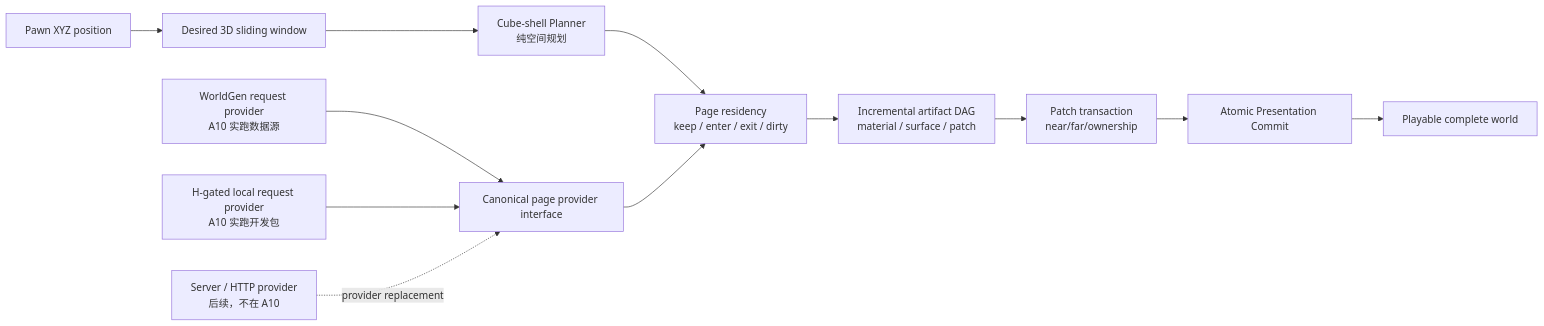
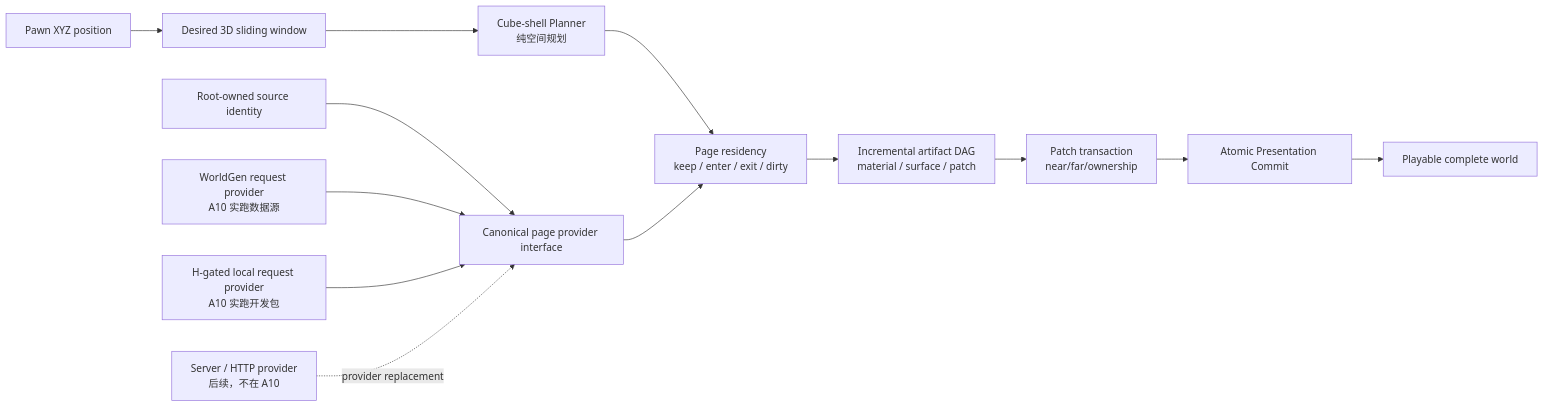
The first of 2 diagrams in docs/10-active/voxel-far-field/2026-07-12-pure-3d-voxel-shell-migration.md (dyzdyz010/ex_mmo_cluster), drawn with Mermaid before and after one commit. The commit also changed other lines of this file and 129 other files, not shown here.

````diff
--- a/docs/10-active/voxel-far-field/2026-07-12-pure-3d-voxel-shell-migration.md
+++ b/docs/10-active/voxel-far-field/2026-07-12-pure-3d-voxel-shell-migration.md
@@ -38,22 +57,24 @@
 ```mermaid
 flowchart LR
     Position["Pawn XYZ position"]
     Window["Desired 3D sliding window"]
     WorldGen["WorldGen request provider\nA10 实跑数据源"]
     Local["H-gated local request provider\nA10 实跑开发包"]
     Future["Server / HTTP provider\n后续，不在 A10"]
+    Identity["Root-owned source identity"]
     Provider["Canonical page provider interface"]
     Residency["Page residency\nkeep / enter / exit / dirty"]
     Planner["Cube-shell Planner\n纯空间规划"]
     Dag["Incremental artifact DAG\nmaterial / surface / patch"]
     Stage["Patch transaction\nnear/far/ownership"]
     Commit["Atomic Presentation Commit"]
     World["Playable complete world"]
 
     Position --> Window --> Planner
     Planner --> Residency
+    Identity --> Provider
     WorldGen --> Provider --> Residency
     Local --> Provider
     Future -. provider replacement .-> Provider
     Residency --> Dag --> Stage --> Commit --> World
 ```
````
